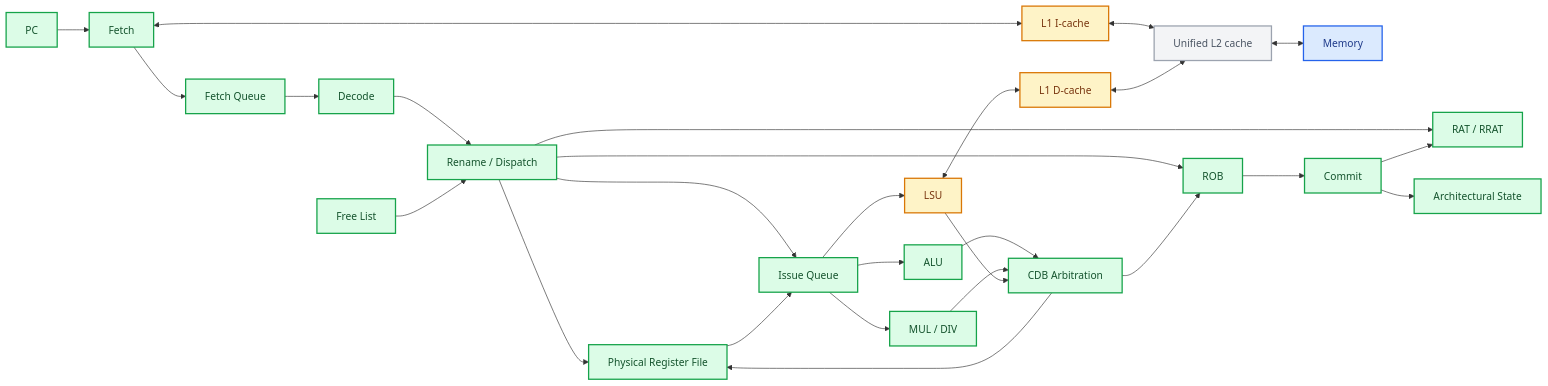
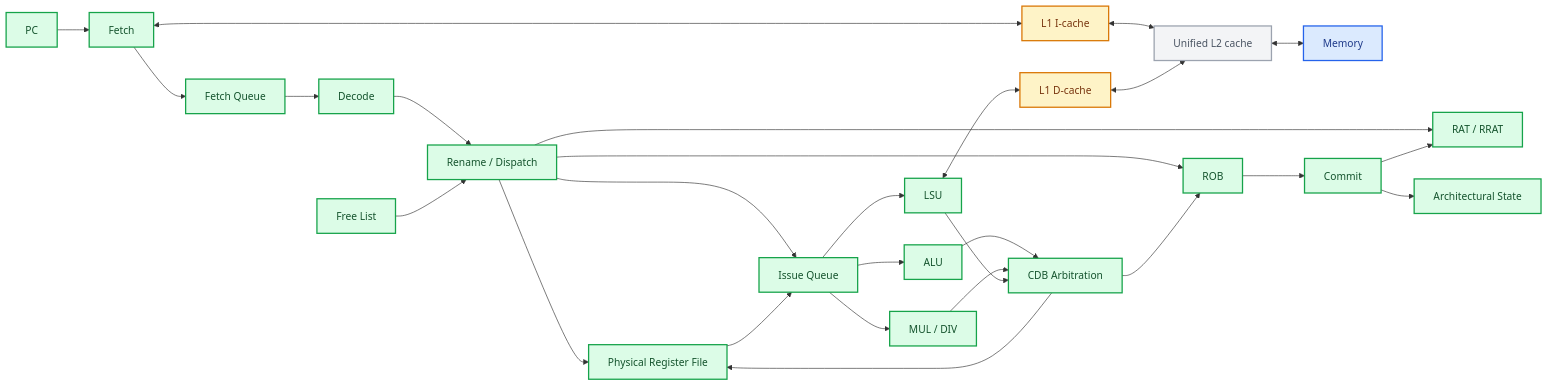
Before and after one commit to JustinYYZ/rv32im-research-core: the first of 2 diagrams in README.md, drawn with Mermaid. The commit also changed other lines of this file and 23 other files, not shown here.

````diff
--- a/README.md
+++ b/README.md
@@ -46,37 +46,37 @@
 ```mermaid
 flowchart LR
     PC --> FETCH[Fetch]
     FETCH <--> L1I["L1 I-cache"]
     L1I <--> L2["Unified L2 cache"]
     L2 <--> MEM[Memory]
     FETCH --> FQ["Fetch Queue"]
     FQ --> DECODE[Decode]
     DECODE --> RENAME["Rename / Dispatch"]
     RENAME --> RAT["RAT / RRAT"]
     FL["Free List"] --> RENAME
     RENAME --> PRF["Physical Register File"]
     RENAME --> ROB[ROB]
     RENAME --> IQ["Issue Queue"]
     PRF --> IQ
     IQ --> ALU[ALU]
     IQ --> MULDIV["MUL / DIV"]
     IQ --> LSU[LSU]
     LSU <--> L1D["L1 D-cache"]
     L1D <--> L2
     ALU --> COMPLETE["CDB Arbitration"]
     MULDIV --> COMPLETE
     LSU --> COMPLETE
     COMPLETE --> PRF
     COMPLETE --> ROB
     ROB --> COMMIT[Commit]
     COMMIT --> RAT
     COMMIT --> ARF["Architectural State"]
     classDef implemented fill:#dcfce7,stroke:#16a34a,color:#14532d,stroke-width:2px
     classDef partial fill:#fef3c7,stroke:#d97706,color:#78350f,stroke-width:2px
     classDef planned fill:#f3f4f6,stroke:#9ca3af,color:#4b5563,stroke-width:2px
     classDef external fill:#dbeafe,stroke:#2563eb,color:#1e3a8a,stroke-width:2px
-    class PC,FETCH,FQ,DECODE,ALU,MULDIV,COMMIT,ARF,ROB,PRF,RAT,FL,IQ,RENAME,COMPLETE implemented
-    class L1I,L1D,LSU partial
+    class PC,FETCH,FQ,DECODE,ALU,MULDIV,LSU,COMMIT,ARF,ROB,PRF,RAT,FL,IQ,RENAME,COMPLETE implemented
+    class L1I,L1D partial
     class L2 planned
     class MEM external
 ```
````
